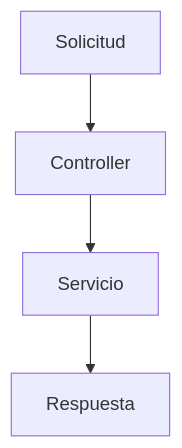
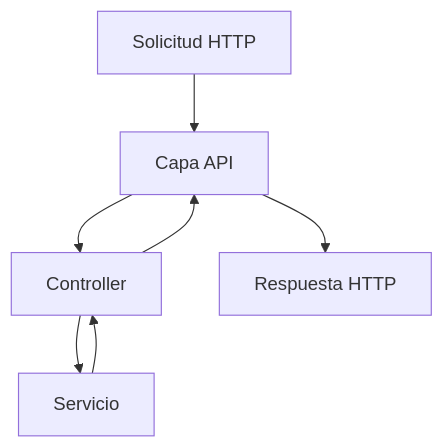
The second of 2 diagrams in docs/200_Backend_Implementacion.md (chirijose79-ui/Chiri), drawn with Mermaid before and after one commit. The commit also changed other lines of this file, not shown here.

Commit message:
docs(backend): refine implementation architecture

````diff
--- a/docs/200_Backend_Implementacion.md
+++ b/docs/200_Backend_Implementacion.md
@@ -116,11 +176,16 @@
-```mermaid id="b4q9kx"
+```mermaid
 flowchart TD
-    Request --> Controller
-    Controller --> Service
-    Service --> Response
 
-    Request["Solicitud"]
+    Request["Solicitud HTTP"]
+    API["Capa API"]
     Controller["Controller"]
     Service["Servicio"]
-    Response["Respuesta"]
+    Response["Respuesta HTTP"]
+
+    Request --> API
+    API --> Controller
+    Controller --> Service
+    Service --> Controller
+    Controller --> API
+    API --> Response
 ```
````
